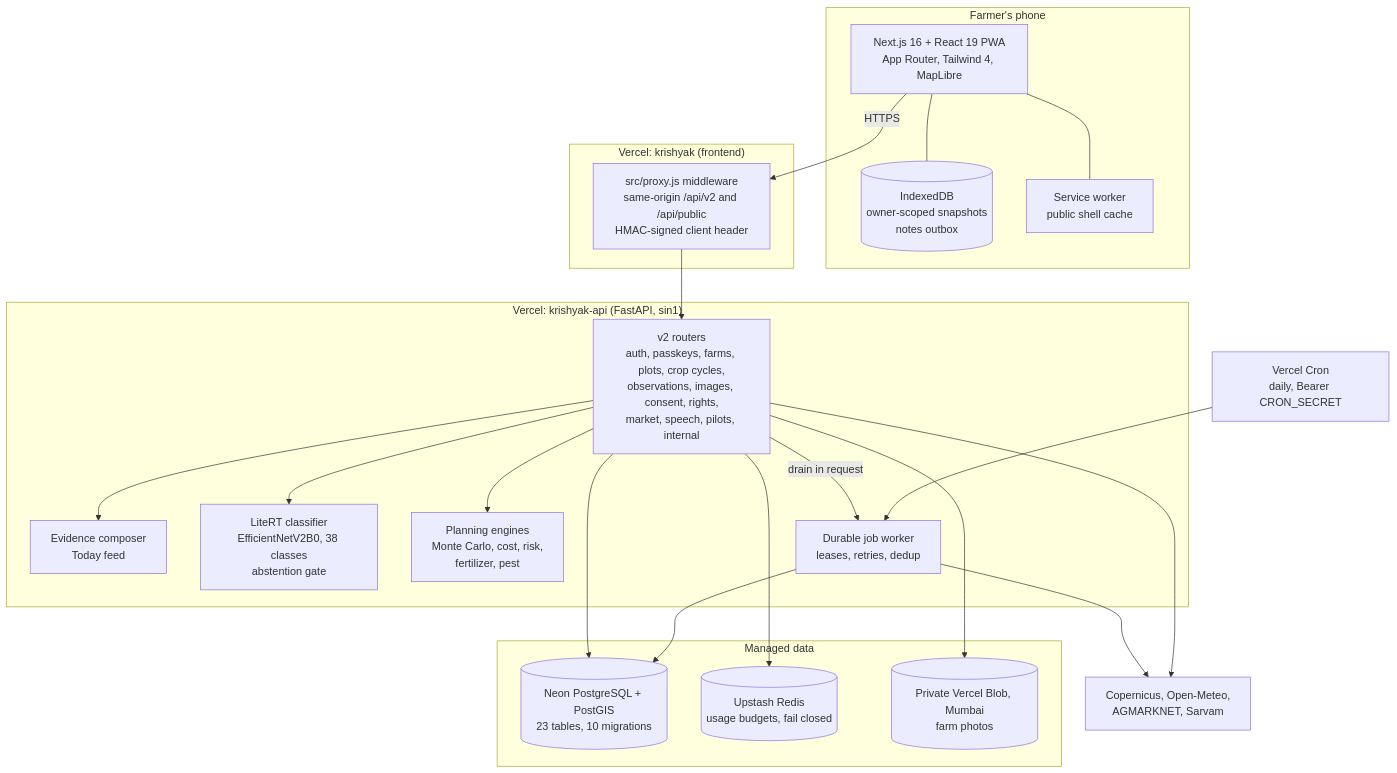
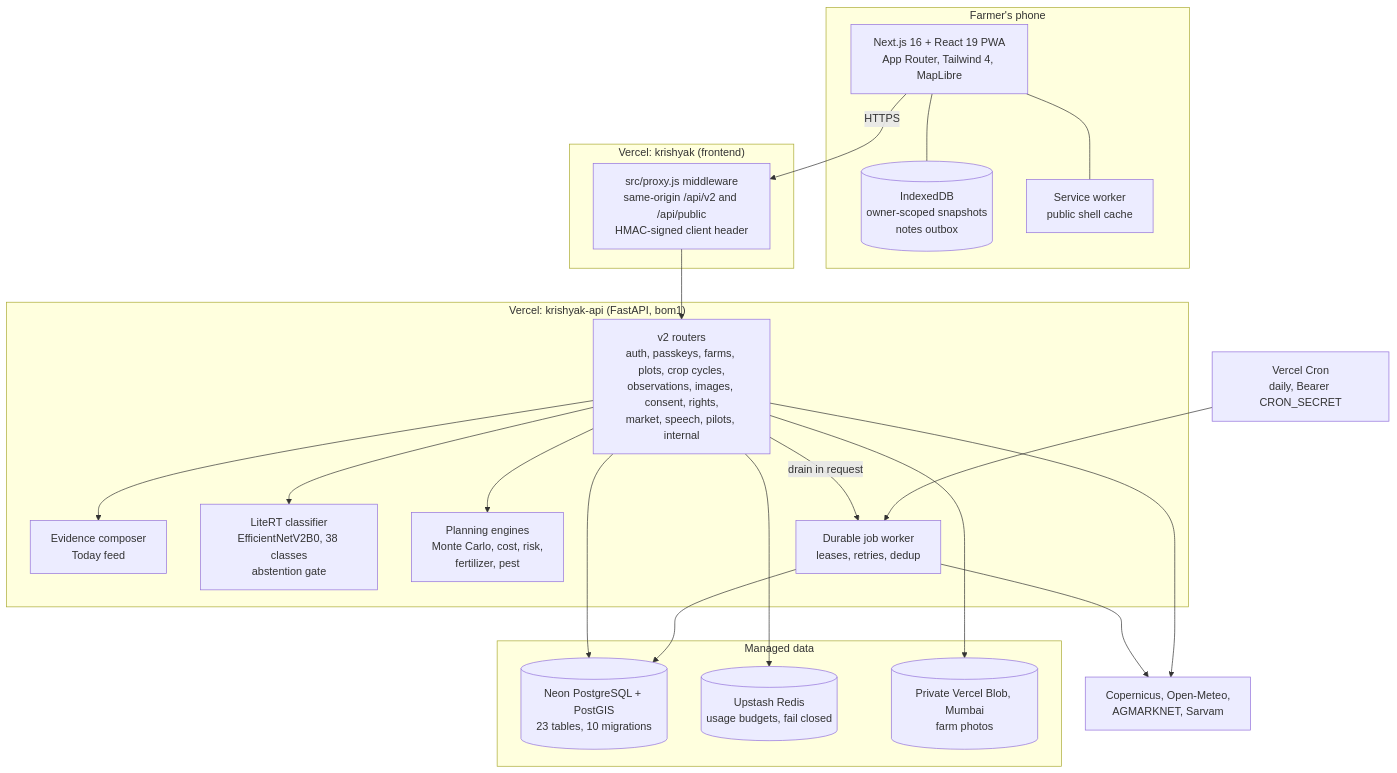
Before and after one commit to Thanatos9404/Krishyak: the second of 6 diagrams in docs/TECHNICAL_DESIGN.md, drawn with Mermaid. The commit also changed other lines of this file and 7 other files, not shown here.

````diff
--- a/docs/TECHNICAL_DESIGN.md
+++ b/docs/TECHNICAL_DESIGN.md
@@ -47,44 +47,44 @@
 ```mermaid
 flowchart TB
   subgraph Phone["Farmer's phone"]
     UI["Next.js 16 + React 19 PWA<br/>App Router, Tailwind 4, MapLibre"]
     IDB[("IndexedDB<br/>owner-scoped snapshots<br/>notes outbox")]
     SW["Service worker<br/>public shell cache"]
     UI --- IDB
     UI --- SW
   end
 
   subgraph Edge["Vercel: krishyak (frontend)"]
     PX["src/proxy.js middleware<br/>same-origin /api/v2 and /api/public<br/>HMAC-signed client header"]
   end
 
-  subgraph API["Vercel: krishyak-api (FastAPI, sin1)"]
+  subgraph API["Vercel: krishyak-api (FastAPI, bom1)"]
     R["v2 routers<br/>auth, passkeys, farms, plots, crop cycles,<br/>observations, images, consent, rights,<br/>market, speech, pilots, internal"]
     EV["Evidence composer<br/>Today feed"]
     CLS["LiteRT classifier<br/>EfficientNetV2B0, 38 classes<br/>abstention gate"]
     SIM["Planning engines<br/>Monte Carlo, cost, risk,<br/>fertilizer, pest"]
     WK["Durable job worker<br/>leases, retries, dedup"]
   end
 
   subgraph Data["Managed data"]
     PG[("Neon PostgreSQL + PostGIS<br/>23 tables, 10 migrations")]
     RD[("Upstash Redis<br/>usage budgets, fail closed")]
     BL[("Private Vercel Blob, Mumbai<br/>farm photos")]
   end
 
   CRON["Vercel Cron<br/>daily, Bearer CRON_SECRET"]
   EXT["Copernicus, Open-Meteo,<br/>AGMARKNET, Sarvam"]
 
   UI -->|HTTPS| PX --> R
   R --> EV
   R --> CLS
   R --> SIM
   R --> PG
   R --> RD
   R --> BL
   R -->|drain in request| WK
   CRON --> WK
   WK --> PG
   WK --> EXT
   R --> EXT
 ```
````
